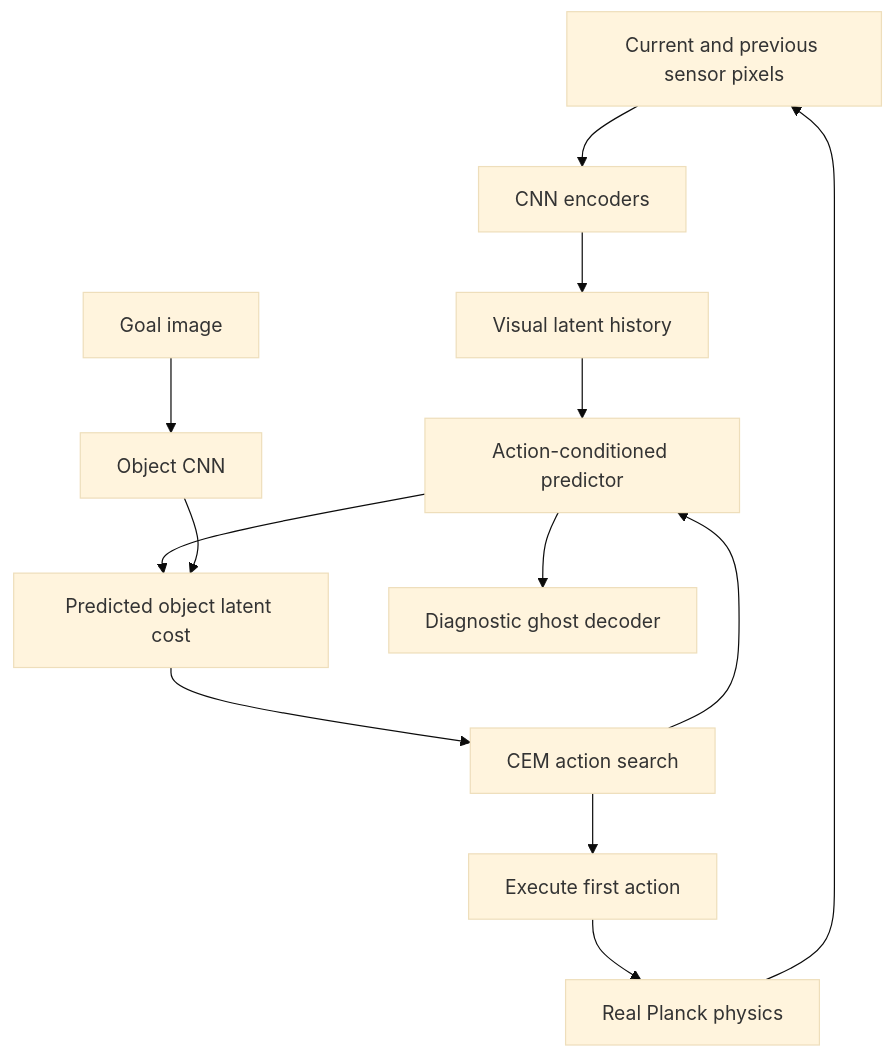
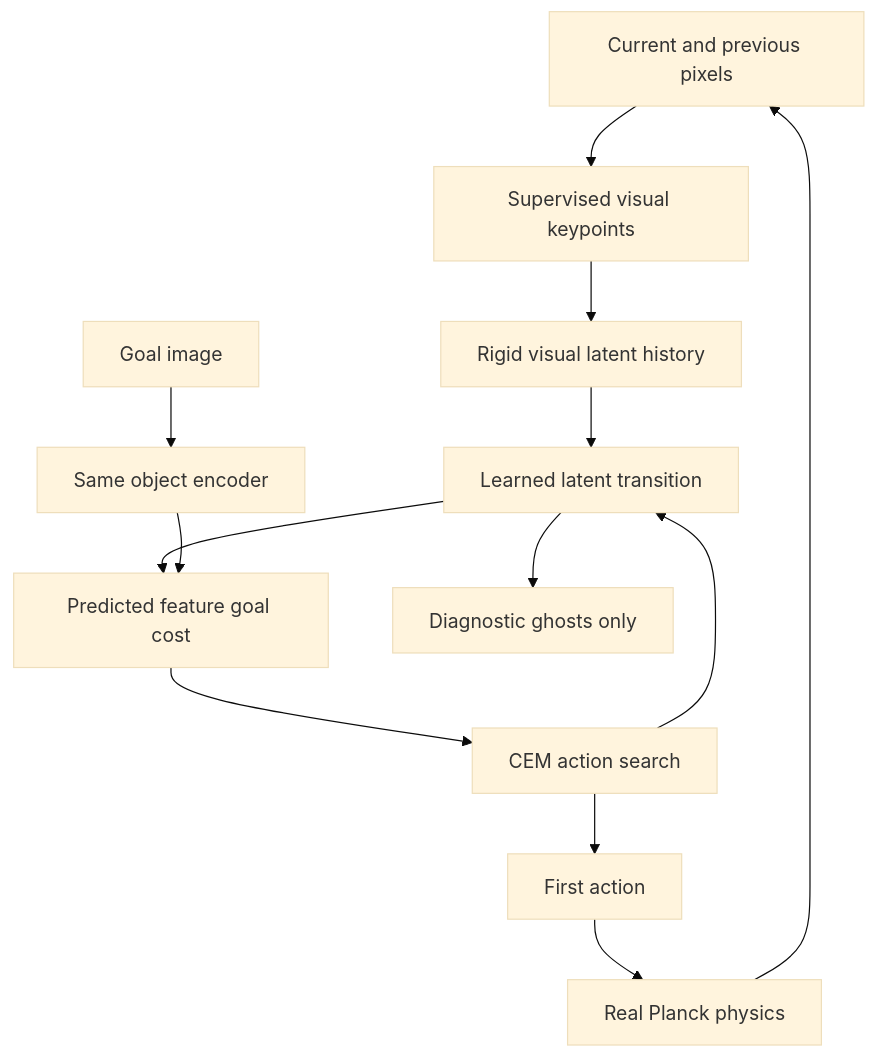
The diagram in tools/tiny-world-planner/README.md (LeoMaglanoc/LeoMaglanoc.github.io), drawn with Mermaid (base theme) before and after one commit. The commit also changed other lines of this file and 91 other files, not shown here.

````diff
--- a/tools/tiny-world-planner/README.md
+++ b/tools/tiny-world-planner/README.md
@@ -15,15 +19,15 @@
 ```mermaid
 flowchart TD
-  Images["Current and previous sensor pixels"] --> Encoder["CNN encoders"]
-  Encoder --> State["Visual latent history"]
-  Goal["Goal image"] --> GoalEncoder["Object CNN"]
-  State --> Dynamics["Action-conditioned predictor"]
-  CEM["CEM action search"] --> Dynamics
-  Dynamics --> Cost["Predicted object latent cost"]
+  Images["Current and previous pixels"] --> Encoder["Supervised visual keypoints"]
+  Encoder --> Latent["Rigid visual latent history"]
+  Goal["Goal image"] --> GoalEncoder["Same object encoder"]
+  Latent --> Predictor["Learned latent transition"]
+  Search["CEM action search"] --> Predictor
+  Predictor --> Cost["Predicted feature goal cost"]
   GoalEncoder --> Cost
-  Cost --> CEM
-  CEM --> Action["Execute first action"]
+  Cost --> Search
+  Search --> Action["First action"]
   Action --> Physics["Real Planck physics"]
   Physics --> Images
-  Dynamics --> Diagnostic["Diagnostic ghost decoder"]
+  Predictor --> Decoder["Diagnostic ghosts only"]
 ```
````
